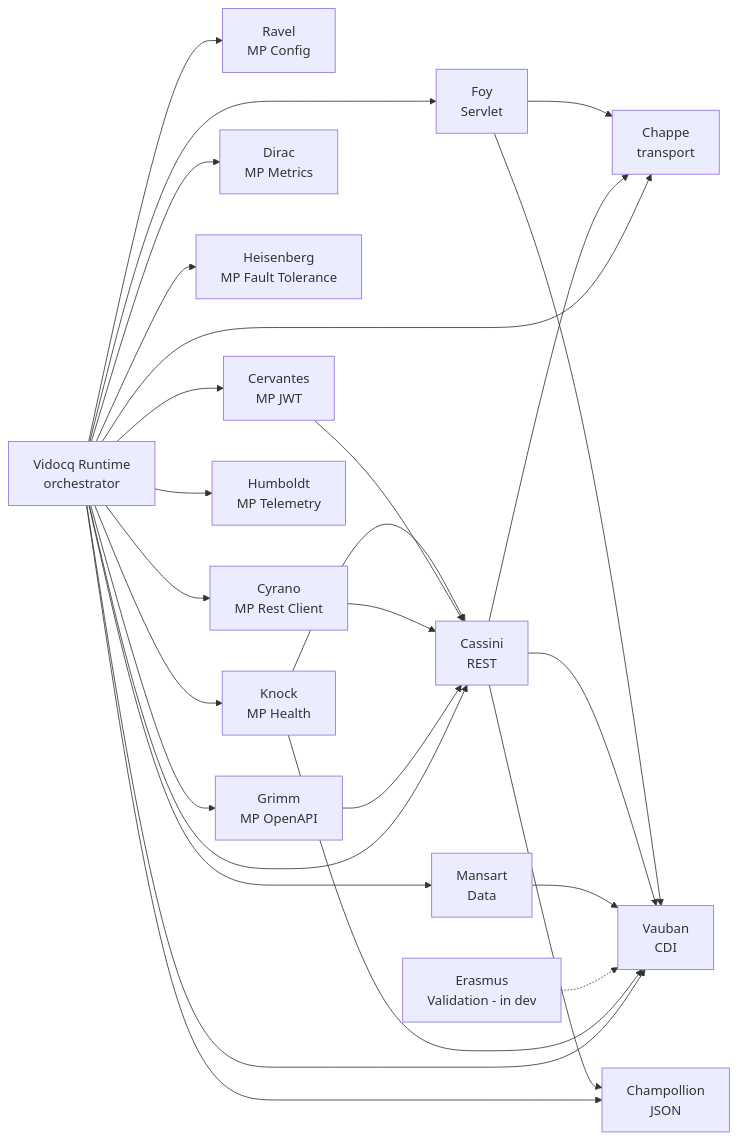
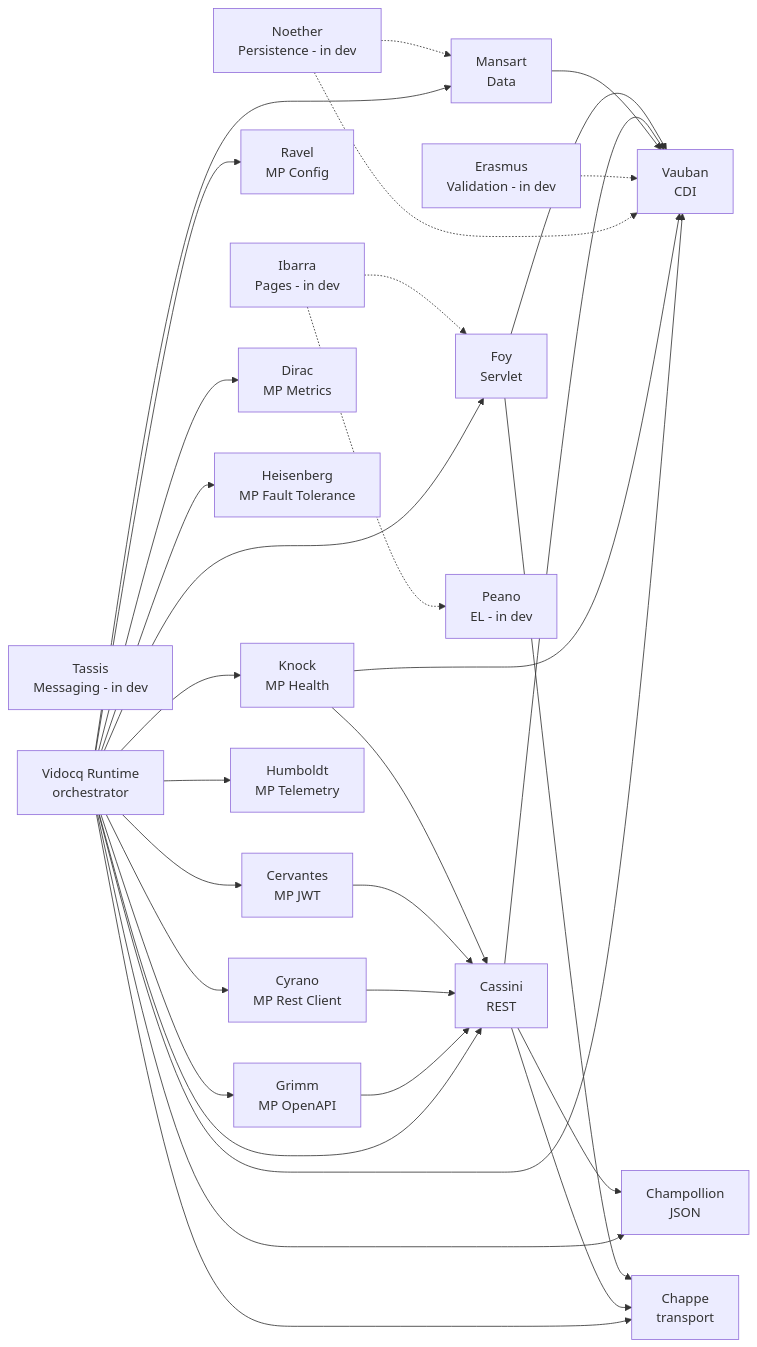
One commit to vidocq-stack/vidocq-docs changed the second of 2 diagrams in content/home/modules/ROOT/pages/architecture.adoc. Above: the diagram before and after it, drawn with Mermaid. The commit also changed other lines of this file and 6 other files, not shown here.

First line of the commit message:
docs: publish Peano, Ibarra, Noether and Tassis

```diff
--- a/content/home/modules/ROOT/pages/architecture.adoc
+++ b/content/home/modules/ROOT/pages/architecture.adoc
@@ -64,47 +73,55 @@
 [mermaid]
 ....
 flowchart LR
     CHAPPE[Chappe<br/>transport]
     VAUBAN[Vauban<br/>CDI]
     CHAMPOLLION[Champollion<br/>JSON]
     FOY[Foy<br/>Servlet]
     CASSINI[Cassini<br/>REST]
     MANSART[Mansart<br/>Data]
+    NOETHER[Noether<br/>Persistence - in dev]
     ERASMUS[Erasmus<br/>Validation - in dev]
+    PEANO[Peano<br/>EL - in dev]
+    IBARRA[Ibarra<br/>Pages - in dev]
+    TASSIS[Tassis<br/>Messaging - in dev]
     RAVEL[Ravel<br/>MP Config]
     KNOCK[Knock<br/>MP Health]
     DIRAC[Dirac<br/>MP Metrics]
     HEISENBERG[Heisenberg<br/>MP Fault Tolerance]
     CERVANTES[Cervantes<br/>MP JWT]
     CYRANO[Cyrano<br/>MP Rest Client]
     HUMBOLDT[Humboldt<br/>MP Telemetry]
     GRIMM[Grimm<br/>MP OpenAPI]
     VIDOCQ[Vidocq Runtime<br/>orchestrator]
 
     FOY --> CHAPPE
     FOY --> VAUBAN
     CASSINI --> CHAPPE
     CASSINI --> VAUBAN
     CASSINI --> CHAMPOLLION
     MANSART --> VAUBAN
     ERASMUS -.-> VAUBAN
+    NOETHER -.-> MANSART
+    NOETHER -.-> VAUBAN
+    IBARRA -.-> FOY
+    IBARRA -.-> PEANO
     KNOCK --> CASSINI
     KNOCK --> VAUBAN
     CERVANTES --> CASSINI
     CYRANO --> CASSINI
     GRIMM --> CASSINI
     VIDOCQ --> FOY
     VIDOCQ --> CASSINI
     VIDOCQ --> VAUBAN
     VIDOCQ --> CHAMPOLLION
     VIDOCQ --> CHAPPE
     VIDOCQ --> MANSART
     VIDOCQ --> RAVEL
     VIDOCQ --> KNOCK
     VIDOCQ --> DIRAC
     VIDOCQ --> HEISENBERG
     VIDOCQ --> CERVANTES
     VIDOCQ --> CYRANO
     VIDOCQ --> HUMBOLDT
     VIDOCQ --> GRIMM
 ....
```
